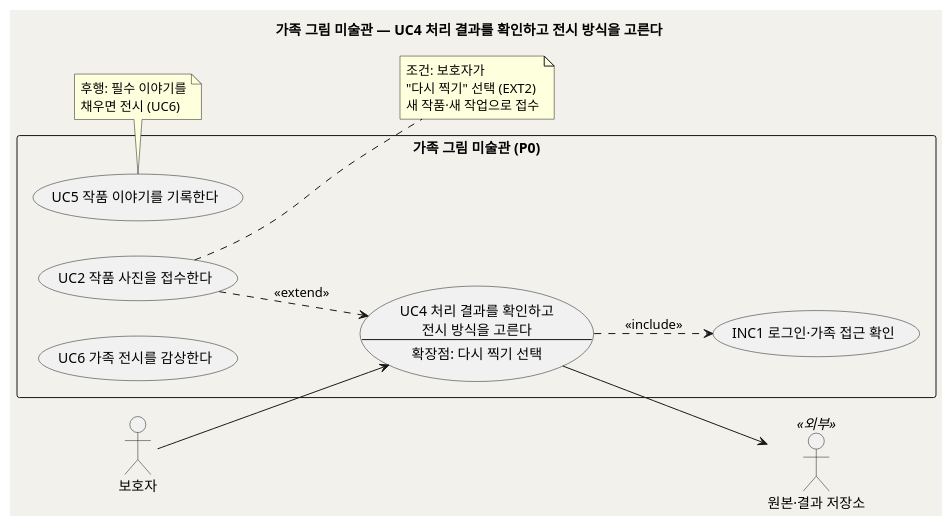
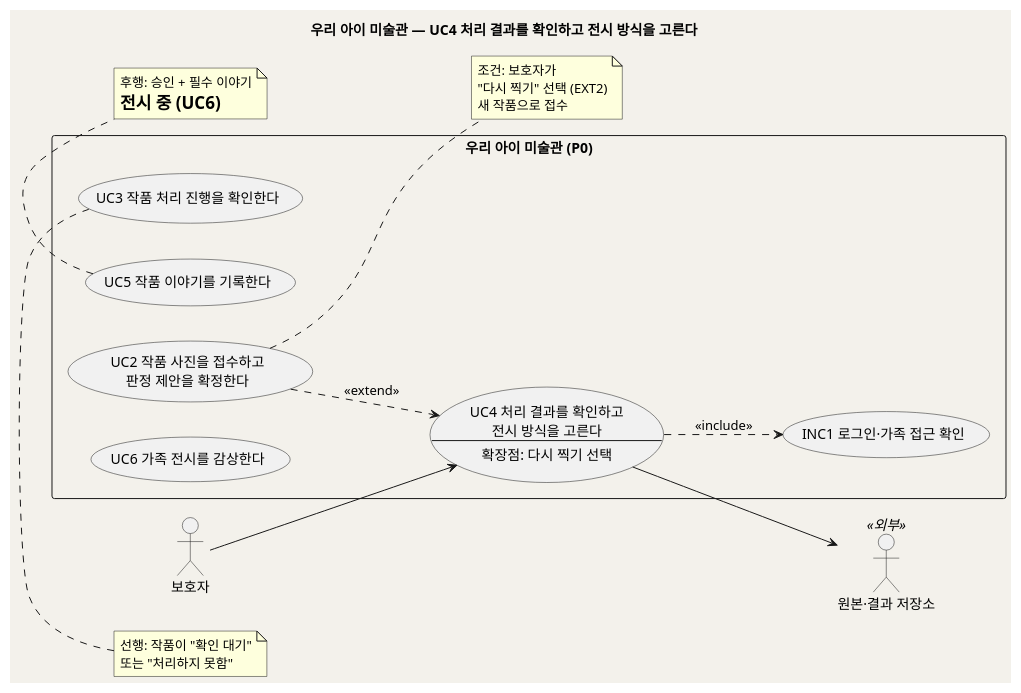
Before and after one commit to kids-gallery/uri-gallery: the first of 2 diagrams in design/UC_04_결과확인승인.md, drawn with PlantUML. The commit also changed other lines of this file and 23 other files, not shown here.

````diff
--- a/design/UC_04_결과확인승인.md
+++ b/design/UC_04_결과확인승인.md
@@ -49,34 +56,39 @@
 ```plantuml
-@startuml uc_family_gallery_04
+@startuml uc_our_child_gallery_04
 skinparam backgroundColor #F3F1EB
 skinparam shadowing false
 left to right direction
-title 가족 그림 미술관 — UC4 처리 결과를 확인하고 전시 방식을 고른다
+title 우리 아이 미술관 — UC4 처리 결과를 확인하고 전시 방식을 고른다
 
 actor "보호자" as Parent
 actor "원본·결과 저장소" as Store <<외부>>
 
-rectangle "가족 그림 미술관 (P0)" {
+rectangle "우리 아이 미술관 (P0)" {
   usecase "UC4 처리 결과를 확인하고\n전시 방식을 고른다\n--\n확장점: 다시 찍기 선택" as UC4
   usecase "INC1 로그인·가족 접근 확인" as INC1
-  usecase "UC2 작품 사진을 접수한다" as UC2
+  usecase "UC2 작품 사진을 접수하고\n판정 제안을 확정한다" as UC2
+  usecase "UC3 작품 처리 진행을 확인한다" as UC3
   usecase "UC5 작품 이야기를 기록한다" as UC5
   usecase "UC6 가족 전시를 감상한다" as UC6
 }
 
 Parent --> UC4
 UC4 ..> INC1 : <<include>>
 UC2 ..> UC4 : <<extend>>
 UC4 --> Store
 
 note right of UC2
   조건: 보호자가
   "다시 찍기" 선택 (EXT2)
-  새 작품·새 작업으로 접수
+  새 작품으로 접수
+end note
+note top of UC3
+  선행: 작품이 "확인 대기"
+  또는 "처리하지 못함"
 end note
 note bottom of UC5
-  후행: 필수 이야기를
-  채우면 전시 (UC6)
+  후행: 승인 + 필수 이야기
+  = 전시 중 (UC6)
 end note
 @enduml
 ```
````
